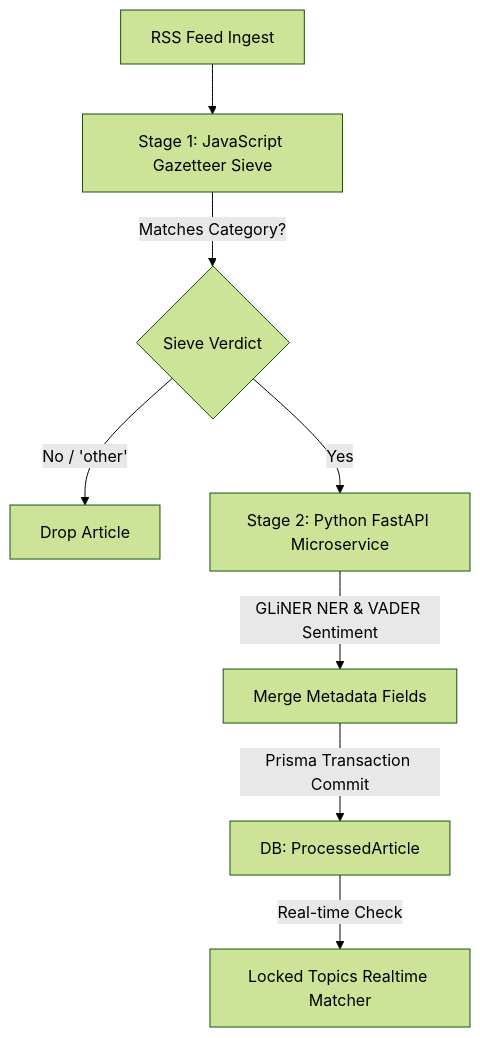
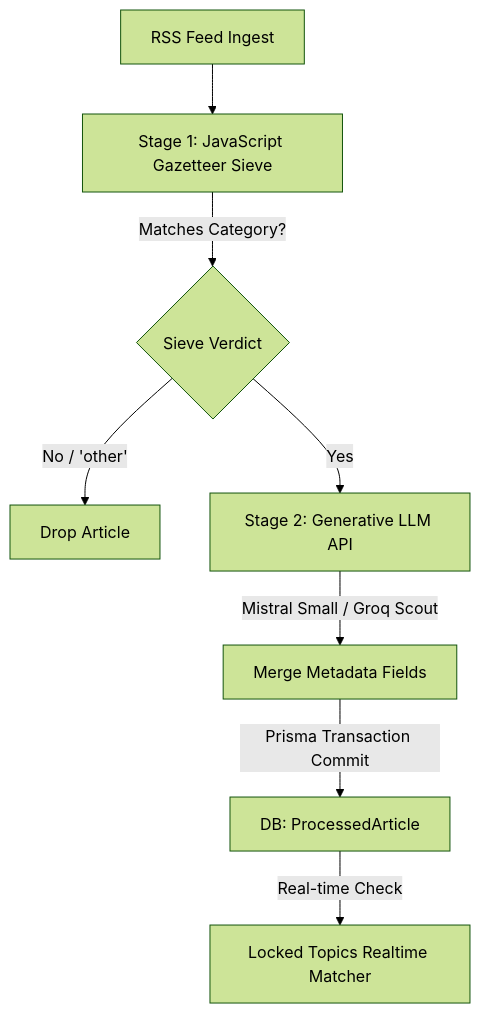
The diagram in docs/1. features/1. enrichment-pipeline.md (MainuddinMehedi/global-news-aggregator), drawn with Mermaid (forest theme) before and after one commit. The commit also changed other lines of this file and 12 other files, not shown here.

First line of the commit message:
refactor(ingestion): migrate Stage 2 enrichment to generative LLM APIs

````diff
--- a/docs/1. features/1. enrichment-pipeline.md
+++ b/docs/1. features/1. enrichment-pipeline.md
@@ -105,10 +100,10 @@
 ```mermaid
 graph TD
     A[RSS Feed Ingest] --> B[Stage 1: JavaScript Gazetteer Sieve]
     B -->|Matches Category?| C{Sieve Verdict}
     C -->|No / 'other'| D[Drop Article]
-    C -->|Yes| E[Stage 2: Python FastAPI Microservice]
-    E -->|GLiNER NER & VADER Sentiment| F[Merge Metadata Fields]
+    C -->|Yes| E[Stage 2: Generative LLM API]
+    E -->|Mistral Small / Groq Scout| F[Merge Metadata Fields]
     F -->|Prisma Transaction Commit| G[DB: ProcessedArticle]
     G -->|Real-time Check| H[Locked Topics Realtime Matcher]
 ```
````
